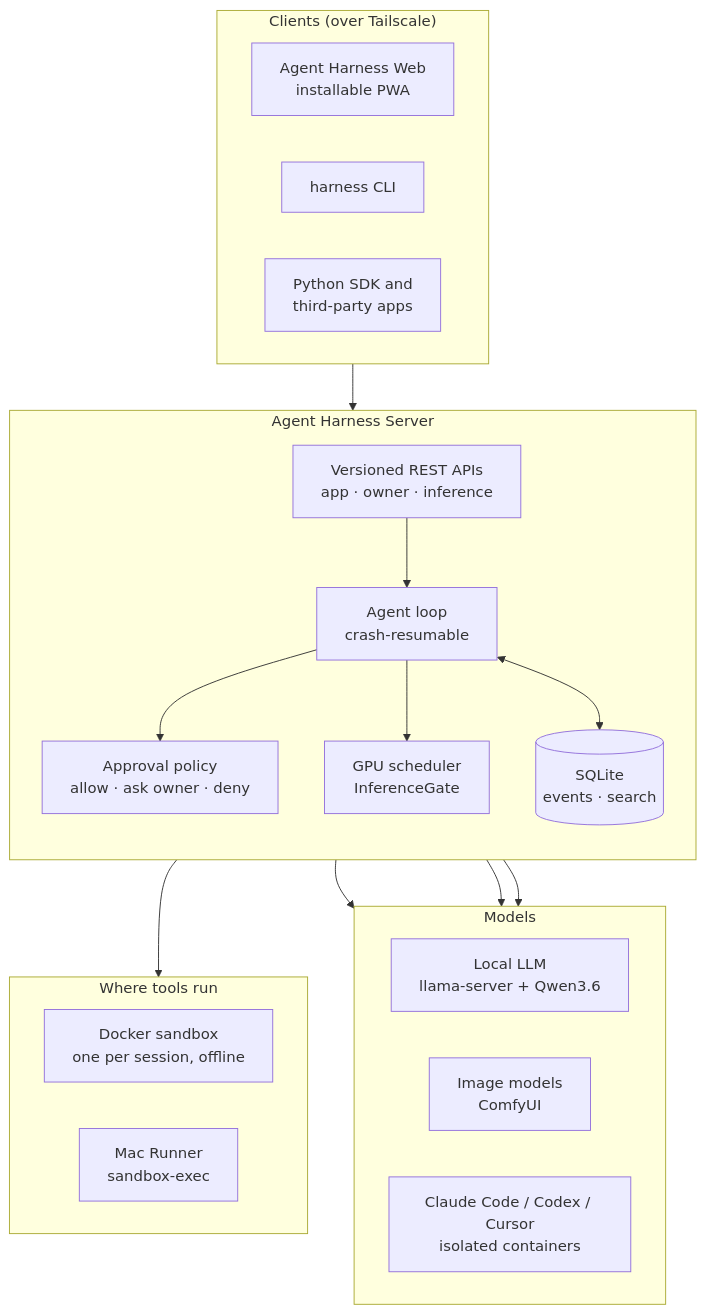
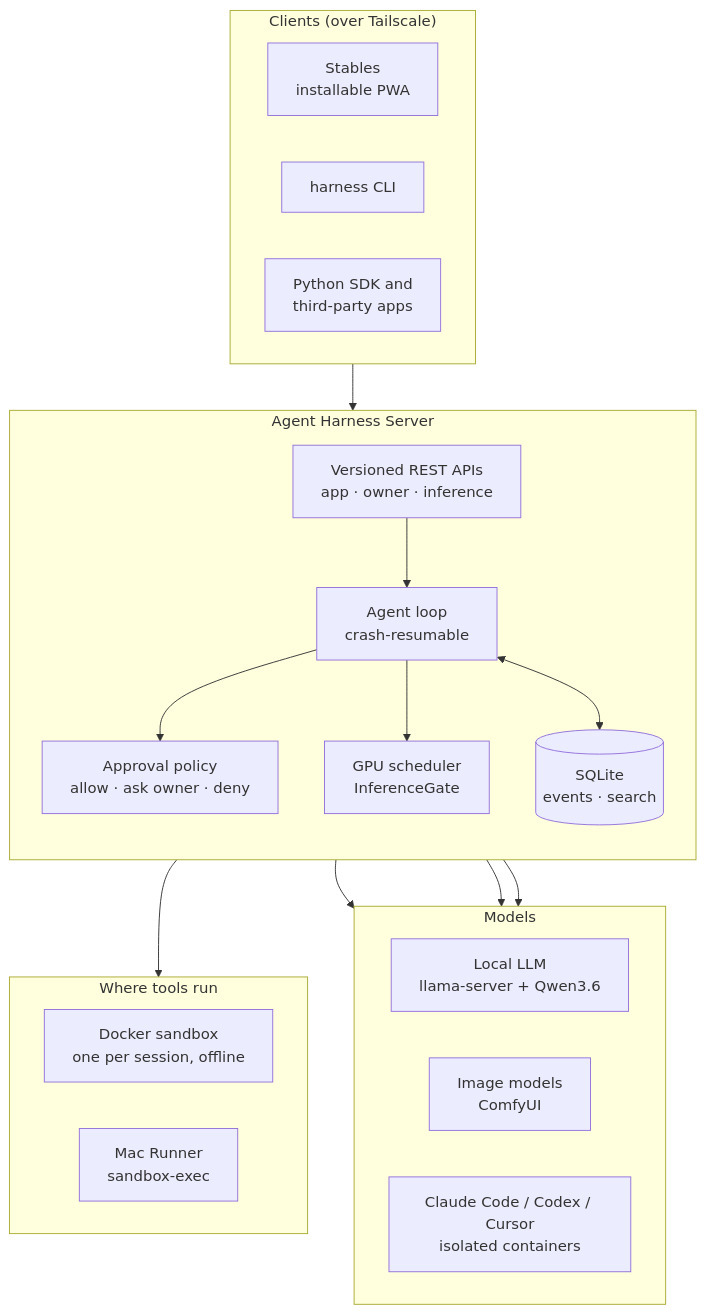
One commit to dflippojr/agent-harness changed the first of 4 diagrams in README.md. Above: the diagram before and after it, drawn with Mermaid. The commit also changed other lines of this file and 18 other files, not shown here.

````diff
--- a/README.md
+++ b/README.md
@@ -32,41 +32,41 @@
 ```mermaid
 flowchart TB
     subgraph Clients["Clients (over Tailscale)"]
         direction LR
-        WEB["Agent Harness Web<br/>installable PWA"]
+        WEB["Stables<br/>installable PWA"]
         CLI["harness CLI"]
         SDK["Python SDK and<br/>third-party apps"]
     end
 
     subgraph Server["Agent Harness Server"]
         direction TB
         API["Versioned REST APIs<br/>app · owner · inference"]
         LOOP["Agent loop<br/>crash-resumable"]
         DB[("SQLite<br/>events · search")]
         APPROVE["Approval policy<br/>allow · ask owner · deny"]
         GPU["GPU scheduler<br/>InferenceGate"]
         API --> LOOP
         LOOP --> APPROVE
         LOOP --> GPU
         LOOP <--> DB
     end
 
     subgraph Tools["Where tools run"]
         direction LR
         SBX["Docker sandbox<br/>one per session, offline"]
         MAC["Mac Runner<br/>sandbox-exec"]
     end
 
     subgraph Models["Models"]
         direction LR
         LLAMA["Local LLM<br/>llama-server + Qwen3.6"]
         COMFY["Image models<br/>ComfyUI"]
         HOSTED["Claude Code / Codex / Cursor<br/>isolated containers"]
     end
 
     Clients --> API
     APPROVE --> Tools
     GPU --> LLAMA
     GPU --> COMFY
     LOOP --> HOSTED
 ```
````
